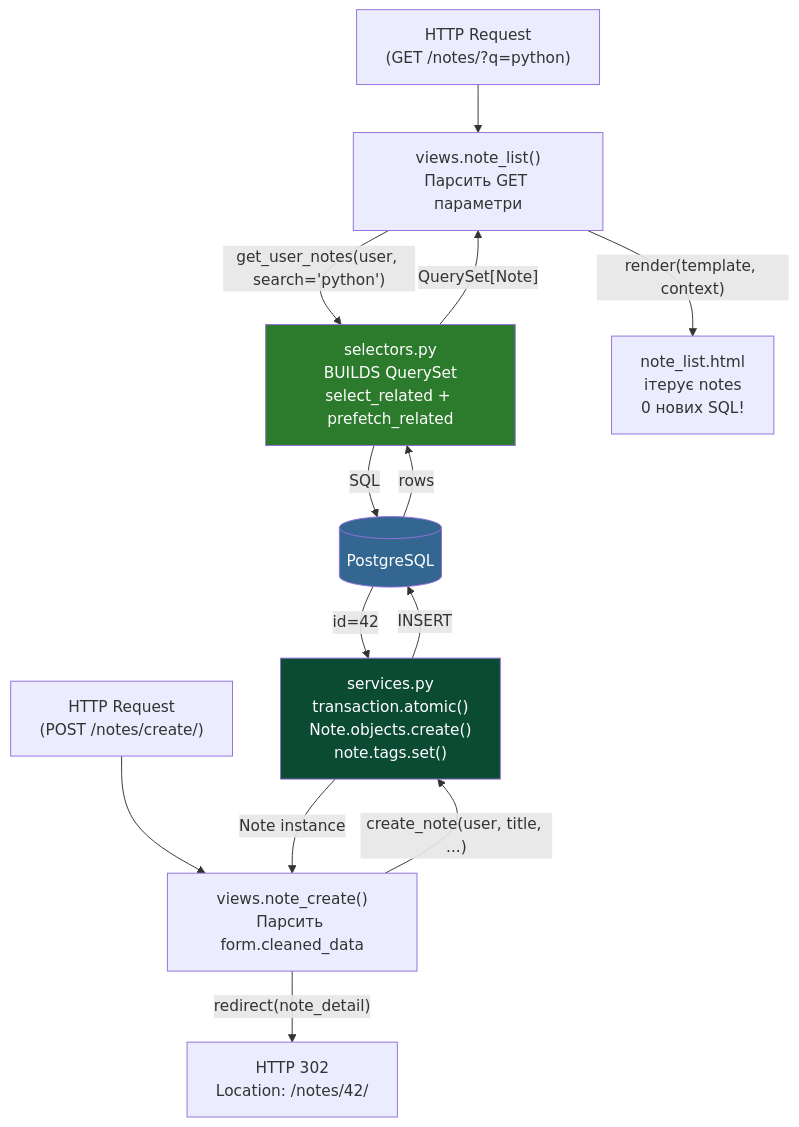
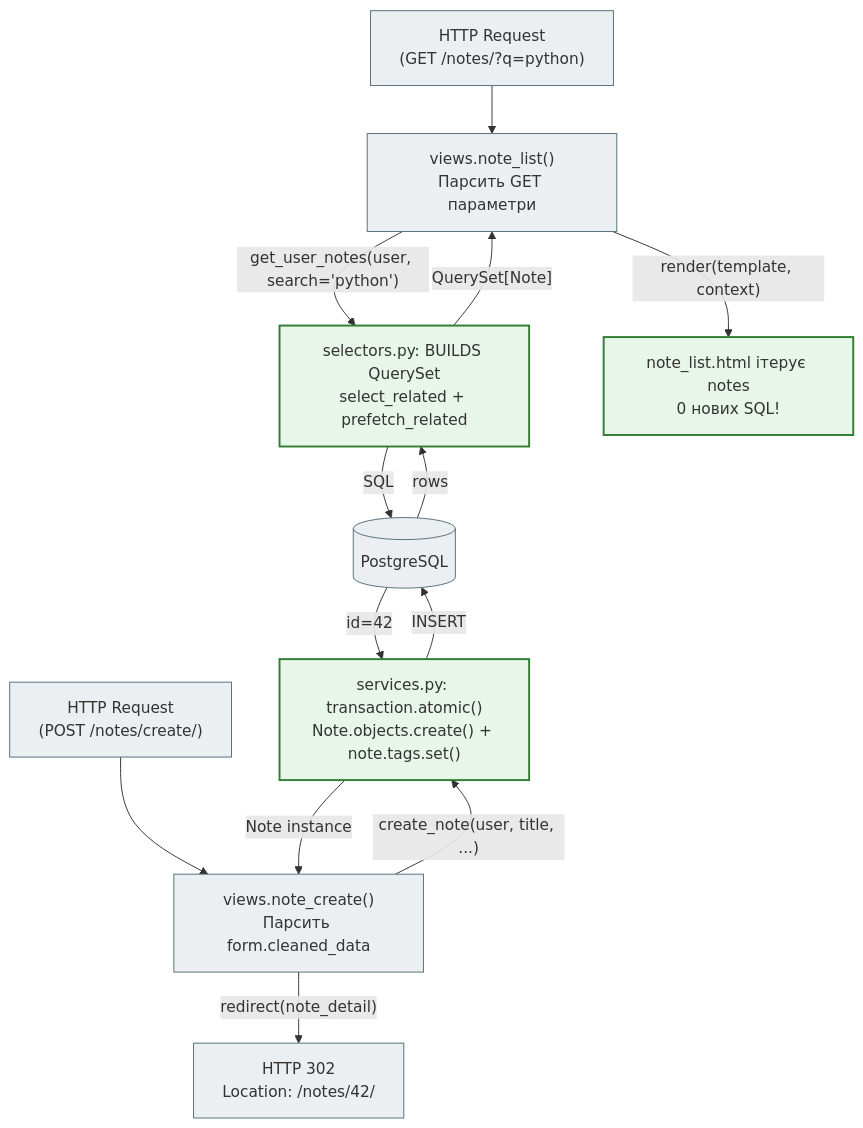
One commit to NikoriakViktot/notes_chat_app changed diagram 17 of 20 in docs/03_database_and_orm/orm_mermaid_full.md. Above: the diagram before and after it, drawn with Mermaid. The commit also changed other lines of this file and 441 other files, not shown here.

First line of the commit message:
Add English version of the book, Mermaid standard, docs fixes

````diff
--- a/docs/03_database_and_orm/orm_mermaid_full.md
+++ b/docs/03_database_and_orm/orm_mermaid_full.md
@@ -581,20 +645,22 @@
 ```mermaid
 graph TD
-    REQ["HTTP Request\n(GET /notes/?q=python)"] --> VIEW["views.note_list()\nПарсить GET параметри"]
-    VIEW -->|"get_user_notes(user, search='python')"| SEL["selectors.py\nBUILDS QuerySet\nselect_related + prefetch_related"]
+    REQ["HTTP Request<br>(GET /notes/?q=python)"] --> VIEW["views.note_list()<br>Парсить GET параметри"]
+    VIEW -->|"get_user_notes(user, search='python')"| SEL["selectors.py: BUILDS QuerySet<br>select_related + prefetch_related"]
     SEL -->|"SQL"| DB[(PostgreSQL)]
     DB -->|"rows"| SEL
     SEL -->|"QuerySet[Note]"| VIEW
-    VIEW -->|"render(template, context)"| TMPL["note_list.html\nітерує notes\n0 нових SQL!"]
+    VIEW -->|"render(template, context)"| TMPL["note_list.html ітерує notes<br>0 нових SQL!"]
 
-    REQ2["HTTP Request\n(POST /notes/create/)"] --> VIEW2["views.note_create()\nПарсить form.cleaned_data"]
-    VIEW2 -->|"create_note(user, title, ...)"| SVC["services.py\ntransaction.atomic()\nNote.objects.create()\nnote.tags.set()"]
+    REQ2["HTTP Request<br>(POST /notes/create/)"] --> VIEW2["views.note_create()<br>Парсить form.cleaned_data"]
+    VIEW2 -->|"create_note(user, title, ...)"| SVC["services.py: transaction.atomic()<br>Note.objects.create() + note.tags.set()"]
     SVC -->|"INSERT"| DB
     DB -->|"id=42"| SVC
     SVC -->|"Note instance"| VIEW2
-    VIEW2 -->|"redirect(note_detail)"| RESP["HTTP 302\nLocation: /notes/42/"]
+    VIEW2 -->|"redirect(note_detail)"| RESP["HTTP 302<br>Location: /notes/42/"]
 
-    style SEL fill:#2C7A2C,color:#fff
-    style SVC fill:#0C4B33,color:#fff
-    style DB fill:#336791,color:#fff
+    classDef step     fill:#eceff1,stroke:#546e7a,stroke-width:1px;
+    classDef success  fill:#e8f5e9,stroke:#2e7d32,stroke-width:2px;
+
+    class REQ,VIEW,REQ2,VIEW2,DB,RESP step;
+    class SEL,SVC,TMPL success;
 ```
````
